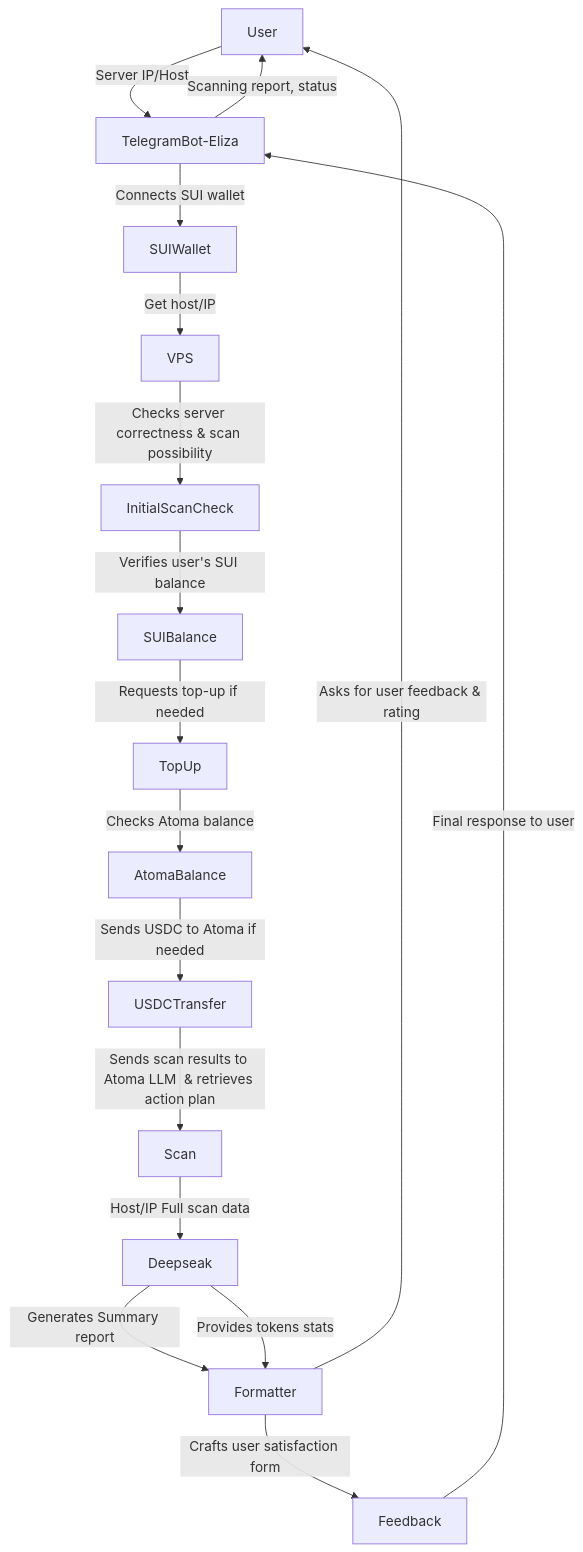
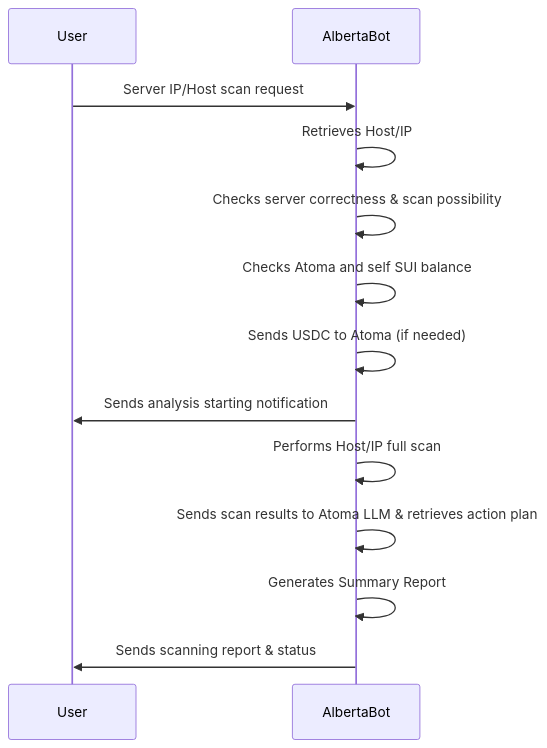
Before and after one commit to GanAIWeb3Club/Alberta-Assistant: the first of 2 diagrams in README.md, drawn with Mermaid. The commit also changed other lines of this file, not shown here.

Commit message:
diagram reformated

````diff
--- a/README.md
+++ b/README.md
@@ -32,19 +32,17 @@
 ```mermaid
-graph TD;
-    User-->| Server IP/Host | TelegramBot-Eliza
-    TelegramBot-Eliza -->|Connects SUI wallet| SUIWallet
-    SUIWallet -->|Get host/IP| VPS
-    VPS -->|Checks server correctness & scan possibility| InitialScanCheck
-    InitialScanCheck -->|Verifies user's SUI balance| SUIBalance
-    SUIBalance -->|Requests top-up if needed| TopUp
-    TopUp -->|Checks Atoma balance| AtomaBalance
-    AtomaBalance -->|Sends USDC to Atoma if needed| USDCTransfer
-    USDCTransfer -->|Sends scan results to Atoma LLM  & retrieves action plan| Scan
-    Scan -->|Host/IP Full scan data| Deepseak
-    Deepseak -->|Generates Summary report| Formatter
-    Deepseak -->|Provides tokens stats| Formatter
-    Formatter -->|Asks for user feedback & rating | User
-    Formatter -->|Crafts user satisfaction form | Feedback
-    Feedback -->|Final response to user| TelegramBot-Eliza
-    TelegramBot-Eliza -->|Scanning report, status| User
+sequenceDiagram
+    participant User
+    participant AlbertaBot
+
+    User ->> AlbertaBot: Server IP/Host scan request
+    AlbertaBot ->> AlbertaBot: Retrieves Host/IP
+    AlbertaBot ->> AlbertaBot: Checks server correctness & scan possibility
+    AlbertaBot ->> AlbertaBot: Checks Atoma and self SUI balance
+    AlbertaBot ->> AlbertaBot: Sends USDC to Atoma (if needed)
+    AlbertaBot ->> User: Sends analysis starting notification
+    AlbertaBot ->> AlbertaBot: Performs Host/IP full scan
+    AlbertaBot ->> AlbertaBot: Sends scan results to Atoma LLM & retrieves action plan
+    AlbertaBot ->> AlbertaBot: Generates Summary Report
+    AlbertaBot ->> User: Sends scanning report & status
+    
 ```
````
